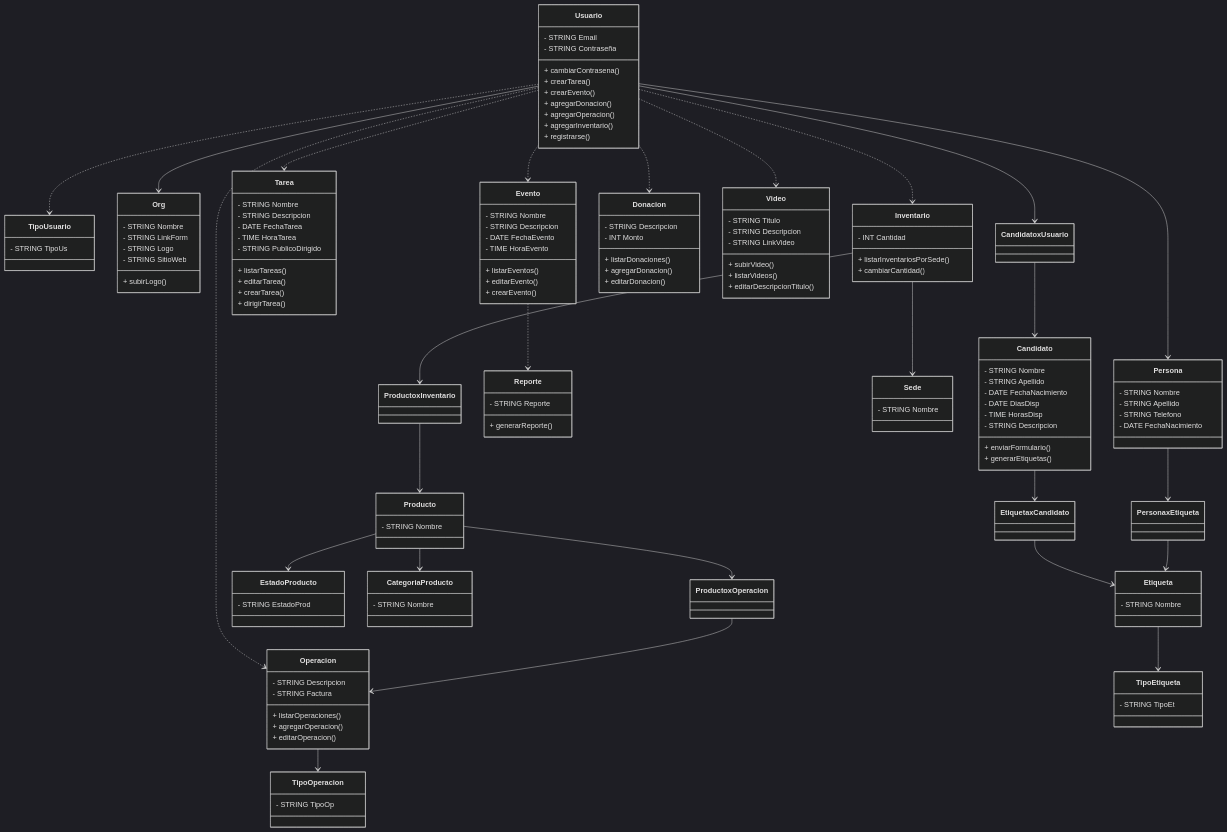
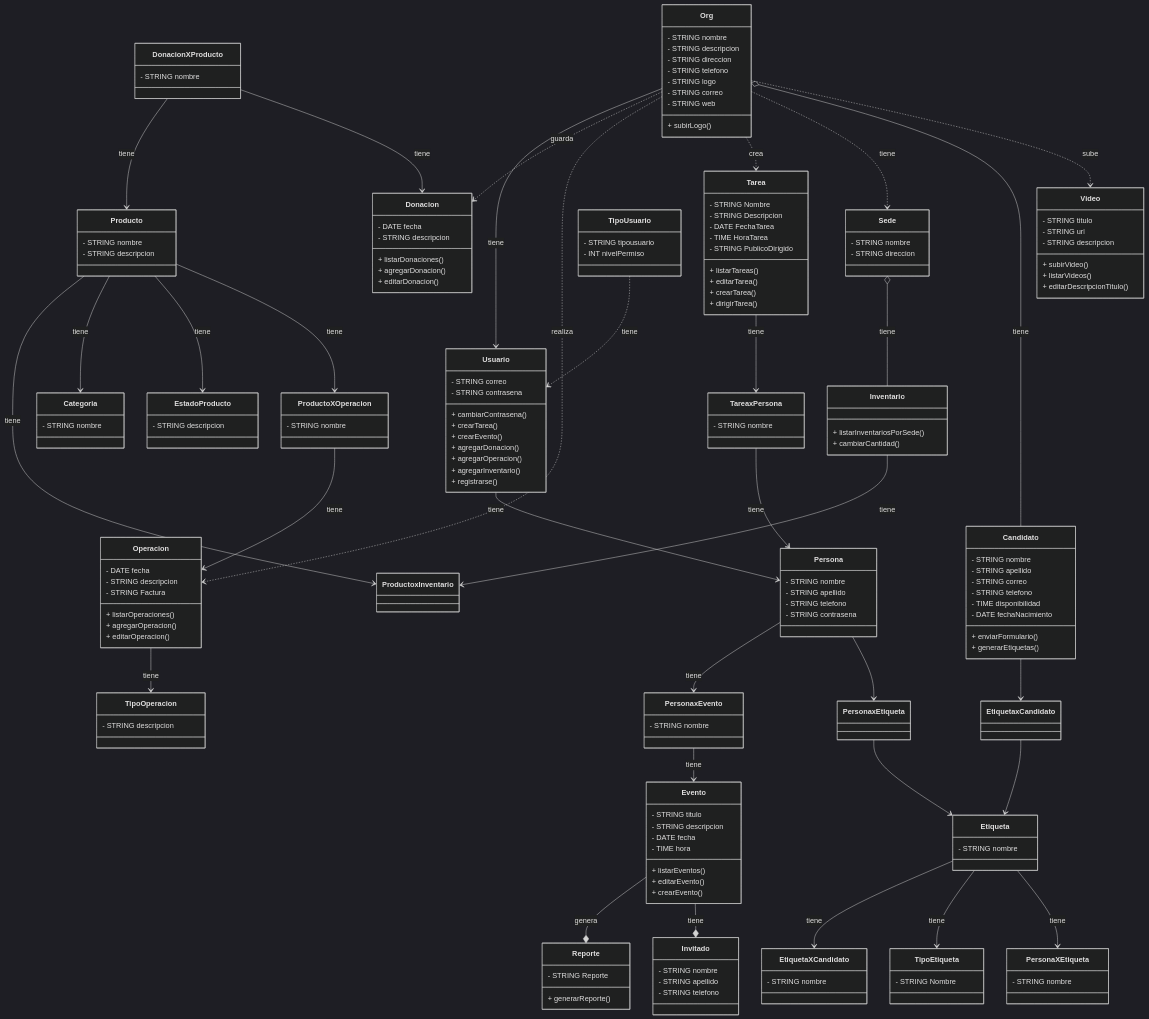
The diagram in docs/classDiagram.mmd (facugirardi/Vaid), drawn with Mermaid (dark theme) before and after one commit. The commit also changed 2 other files, not shown here.

Commit message:
classDiagram and erDiagram (finished)

```diff
--- a/docs/classDiagram.mmd
+++ b/docs/classDiagram.mmd
@@ -1,38 +1,47 @@
 classDiagram
 
-    Usuario ..> TipoUsuario
-    Usuario --> Org
-    Usuario --> Persona
-    Usuario ..> Evento
-    Usuario ..> Tarea
-    Usuario ..> Inventario
-    Usuario ..> Donacion
-    Usuario ..> Video
-    Usuario ..> Operacion
-    Usuario --> CandidatoxUsuario
-    CandidatoxUsuario --> Candidato
-    Candidato --> EtiquetaxCandidato
-    EtiquetaxCandidato --> Etiqueta
-    PersonaxEtiqueta --> Etiqueta
-    Etiqueta --> TipoEtiqueta
-    Persona --> PersonaxEtiqueta
-    Evento ..> Reporte
-    Operacion --> TipoOperacion
-    Inventario --> Sede
-    Inventario --> ProductoxInventario
-    ProductoxInventario --> Producto
-    Producto --> EstadoProducto
-    Producto --> CategoriaProducto
-    Producto --> ProductoxOperacion
-    ProductoxOperacion --> Operacion
+Org --> Usuario : tiene
+Org ..> Donacion : guarda
+Org ..> Operacion : realiza
+Org ..> Tarea : crea
+Org ..> Sede : tiene
+Org o-- Candidato : tiene
+Org ..> Video : sube
+TipoUsuario ..> Usuario : tiene
+Usuario --> Persona : tiene
+Sede o-- Inventario : tiene
+Inventario --> ProductoxInventario : tiene
+Producto --> ProductoxInventario : tiene
+Producto --> Categoria : tiene
+Producto --> EstadoProducto : tiene
+Producto --> ProductoXOperacion : tiene
+DonacionXProducto --> Producto : tiene
+DonacionXProducto --> Donacion : tiene
+TareaxPersona --> Persona : tiene
+Persona --> PersonaxEvento : tiene
+Etiqueta --> EtiquetaXCandidato : tiene
+Etiqueta --> TipoEtiqueta : tiene
+Etiqueta --> PersonaXEtiqueta : tiene
+Operacion --> TipoOperacion : tiene
+ProductoXOperacion --> Operacion : tiene
+Evento --* Reporte : genera
+PersonaxEvento --> Evento : tiene
+Evento --* Invitado : tiene
+Tarea --> TareaxPersona : tiene
+Candidato --> EtiquetaxCandidato
+EtiquetaxCandidato --> Etiqueta
+PersonaxEtiqueta --> Etiqueta
+Persona --> PersonaxEtiqueta
 
-    class TipoUsuario{
-        - STRING TipoUs
+
+    class TipoUsuario {
+        - STRING tipousuario
+        - INT nivelPermiso
     }
 
-    class Usuario{
-        - STRING Email
-        - STRING Contraseña
+    class Usuario {
+        - STRING correo
+        - STRING contrasena
 
         + cambiarContrasena()
         + crearTarea()
@@ -43,138 +52,160 @@
 	    + registrarse()  
     }
 
-    class Org{
-        - STRING Nombre
-        - STRING LinkForm
-        - STRING Logo
-        - STRING SitioWeb
+    class Org {
+        - STRING nombre
+        - STRING descripcion
+        - STRING direccion
+        - STRING telefono
+        - STRING logo
+        - STRING correo
+        - STRING web
 
         + subirLogo()
     }
 
-    class Candidato{
-        - STRING Nombre
-        - STRING Apellido
-        - DATE FechaNacimiento
-        - DATE DiasDisp
-        - TIME HorasDisp
-        - STRING Descripcion
+    class Candidato {
+        - STRING nombre
+        - STRING apellido
+        - STRING correo
+        - STRING telefono
+        - TIME disponibilidad
+        - DATE fechaNacimiento
 
-	    + enviarFormulario()
+        + enviarFormulario()
         + generarEtiquetas()
     }
 
-    class CandidatoxUsuario{
+    class Sede {
+        - STRING nombre
+        - STRING direccion
     }
 
-    class Etiqueta{
-        - STRING Nombre
+    class Inventario{
+
+        + listarInventariosPorSede()
+        + cambiarCantidad()
     }
 
-    class EtiquetaxCandidato{
+        class Producto {
+        - STRING nombre
+        - STRING descripcion
     }
 
-    class TipoEtiqueta{
-        - STRING TipoEt
+    class Categoria {
+        - STRING nombre
     }
 
-    class Persona{
-        - STRING Nombre
-        - STRING Apellido
-        - STRING Telefono
-        - DATE FechaNacimiento
+    class EstadoProducto {
+        - STRING descripcion
     }
 
-    class PersonaxEtiqueta{
+    class Donacion {
+        - DATE fecha
+        - STRING descripcion
+
+        + listarDonaciones()
+        + agregarDonacion()
+        + editarDonacion()
     }
 
-    class Evento{
-        - STRING Nombre
-        - STRING Descripcion
-        - DATE FechaEvento
-        - TIME HoraEvento
-
-	+ listarEventos()
-	+ editarEvento()
-	+ crearEvento()
+    class DonacionXProducto{
+        - STRING nombre
     }
 
-    class Reporte{
+
+    class Operacion {
+        - DATE fecha
+        - STRING descripcion
+        - STRING Factura
+
+        + listarOperaciones()
+        + agregarOperacion()
+        + editarOperacion()
+    }
+
+    class TipoOperacion {
+        - STRING descripcion
+    }
+
+    class ProductoXOperacion{
+        - STRING nombre
+    }
+
+    class Video {
+        - STRING titulo
+        - STRING url
+        - STRING descripcion
+
+        + subirVideo()
+        + listarVideos()
+        + editarDescripcionTitulo()
+    }
+
+    class Evento {
+        - STRING titulo
+        - STRING descripcion
+        - DATE fecha
+        - TIME hora
+
+        + listarEventos()
+        + editarEvento()
+        + crearEvento()
+    }
+
+    class Reporte {
         - STRING Reporte
 
-	+ generarReporte()
+	    + generarReporte()
     }
 
-    class Tarea{
+
+    class Tarea {
         - STRING Nombre
         - STRING Descripcion
         - DATE FechaTarea
         - TIME HoraTarea
         - STRING PublicoDirigido
-   
+
         + listarTareas()
         + editarTarea()
         + crearTarea()
         + dirigirTarea()
     }
 
-    class CategoriaProducto{
+    class Persona {
+        - STRING nombre
+        - STRING apellido
+        - STRING telefono
+        - STRING contrasena
+    }
+
+    class Etiqueta {
+        - STRING nombre
+    }
+
+    class TipoEtiqueta {
         - STRING Nombre
     }
 
-    class Producto{
-        - STRING Nombre
+    class Invitado {
+        - STRING nombre
+        - STRING apellido
+        - STRING telefono
     }
 
-    class EstadoProducto{
-        - STRING EstadoProd
+    class TareaxPersona{
+        - STRING nombre
     }
 
-    class Sede{
-        - STRING Nombre
+    class PersonaxEvento{
+        - STRING nombre
+    }
+    
+    class PersonaXEtiqueta{
+        - STRING nombre
     }
 
-    class Inventario{
-        - INT Cantidad
-	
-        + listarInventariosPorSede()
-        + cambiarCantidad()
+    class EtiquetaXCandidato{
+        - STRING nombre
     }
-
-    class ProductoxInventario{
-    }
-
-    class Donacion{
-        - STRING Descripcion
-        - INT Monto
-
-        + listarDonaciones()
-        + agregarDonacion()
-        + editarDonacion()
-    }
-
-    class TipoOperacion{
-        - STRING TipoOp
-    }
-
-    class Operacion{
-        - STRING Descripcion
-        - STRING Factura
-    
-        + listarOperaciones()
-        + agregarOperacion()
-        + editarOperacion()
-    }
-
-    class ProductoxOperacion{
-    }
-
-    class Video{
-        - STRING Titulo
-        - STRING Descripcion
-        - STRING LinkVideo
-
-        + subirVideo()
-        + listarVideos()
-        + editarDescripcionTitulo()
-    }
```
